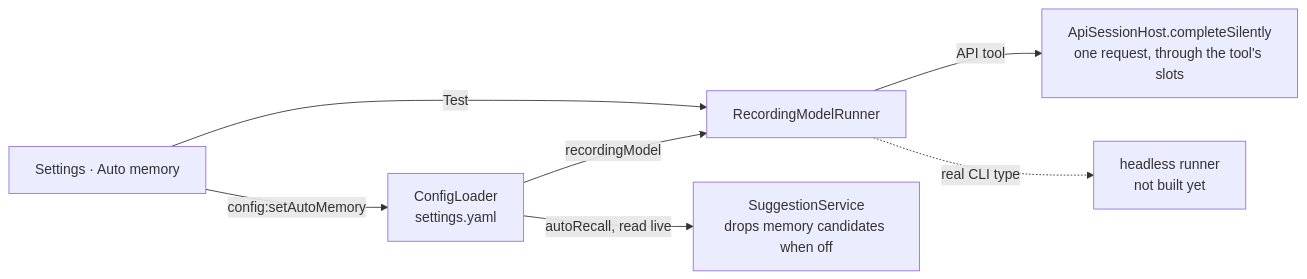
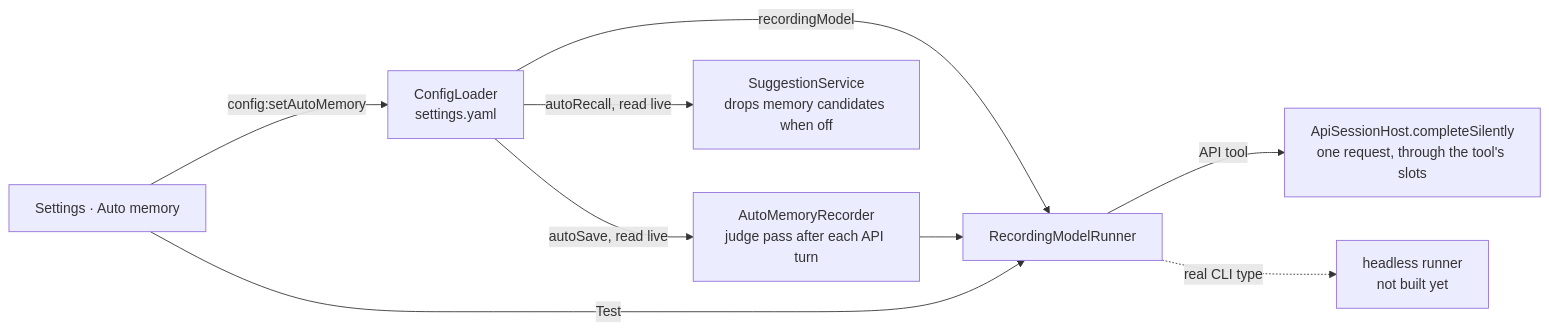
The first of 2 diagrams in docs/auto-memory.md (PetePeter/helm), drawn with Mermaid before and after one commit. The commit also changed other lines of this file and 13 other files, not shown here.

First line of the commit message:
feat(memory): auto-save key memories after each API session turn

````diff
--- a/docs/auto-memory.md
+++ b/docs/auto-memory.md
@@ -15,9 +15,11 @@
 ```mermaid
 graph LR
     UI[Settings · Auto memory] -->|config:setAutoMemory| CL[ConfigLoader<br/>settings.yaml]
     CL -->|recordingModel| R[RecordingModelRunner]
     CL -->|autoRecall, read live| S[SuggestionService<br/>drops memory candidates when off]
     UI -->|Test| R
     R -->|API tool| H[ApiSessionHost.completeSilently<br/>one request, through the tool's slots]
     R -.->|real CLI type| HR[headless runner<br/>not built yet]
+    CL -->|autoSave, read live| AR[AutoMemoryRecorder<br/>judge pass after each API turn]
+    AR --> R
 ```
````
